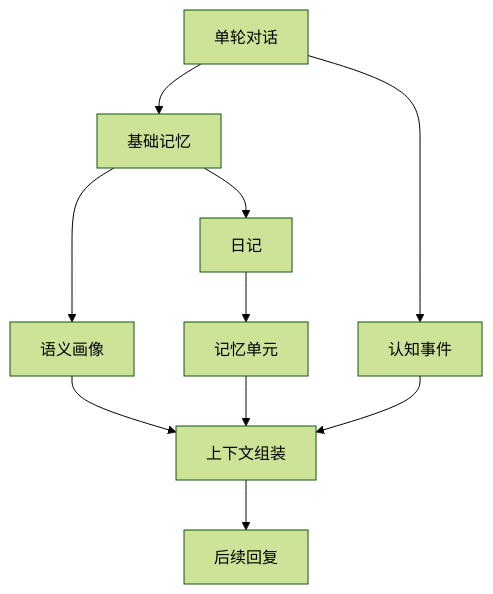
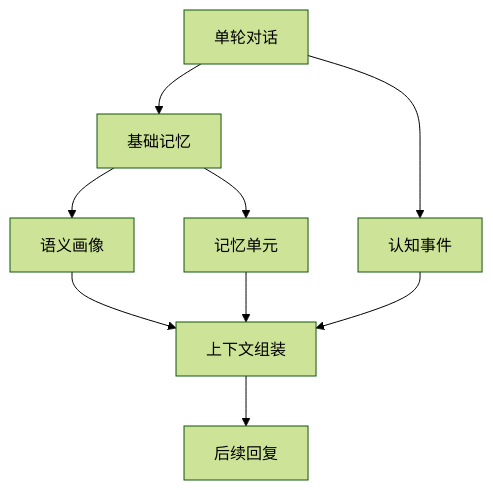
Before and after one commit to Sparrived/SiriusPulse-Docs: the diagram in guide/memory-evolution.md, drawn with Mermaid (forest theme). The commit also changed 16 other files, not shown here.

````diff
--- a/guide/memory-evolution.md
+++ b/guide/memory-evolution.md
@@ -5,12 +5,11 @@
 ```mermaid
 flowchart TD
   Turn["单轮对话"] --> Basic["基础记忆"]
   Turn --> Cognition["认知事件"]
   Basic --> Semantic["语义画像"]
-  Basic --> Diary["日记"]
-  Diary --> Units["记忆单元"]
+  Basic --> Units["记忆单元"]
   Semantic --> Context["上下文组装"]
   Units --> Context
   Cognition --> Context
   Context --> Reply["后续回复"]
 ```
````
